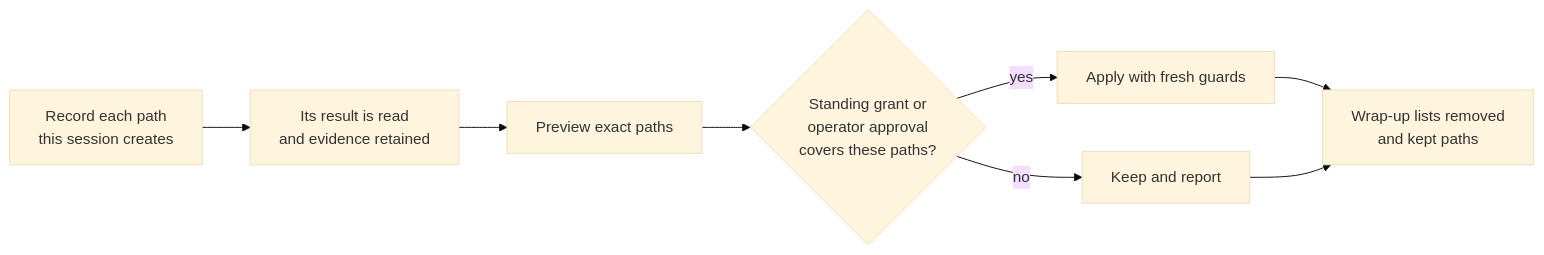
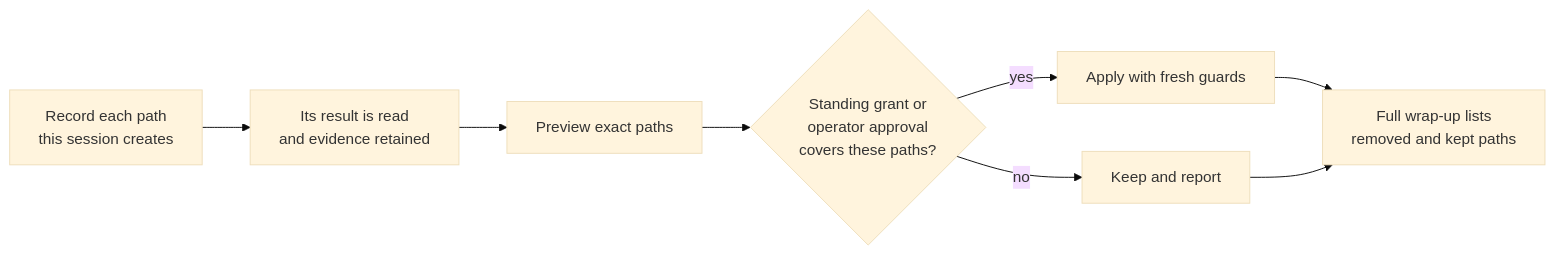
The third of 3 diagrams in README.md (topij/agentic-dev-kit), drawn with Mermaid (base theme) before and after one commit.

Commit message:
docs: say the full wrap-up reports cleanup in README's cleanup diagram
Claude-Session: https://claude.ai/code/session_01ChTdmP5i7DXngnsPPj6wEP

````diff
--- a/README.md
+++ b/README.md
@@ -106,10 +106,10 @@
 ```mermaid
 flowchart LR
     Record["Record each path<br/>this session creates"] --> Done["Its result is read<br/>and evidence retained"]
     Done --> Preview["Preview exact paths"]
     Preview --> Decision{"Standing grant or<br/>operator approval<br/>covers these paths?"}
     Decision -->|yes| Apply["Apply with fresh guards"]
     Decision -->|no| Keep["Keep and report"]
-    Apply --> Report["Wrap-up lists removed<br/>and kept paths"]
+    Apply --> Report["Full wrap-up lists<br/>removed and kept paths"]
     Keep --> Report
 ```
````
